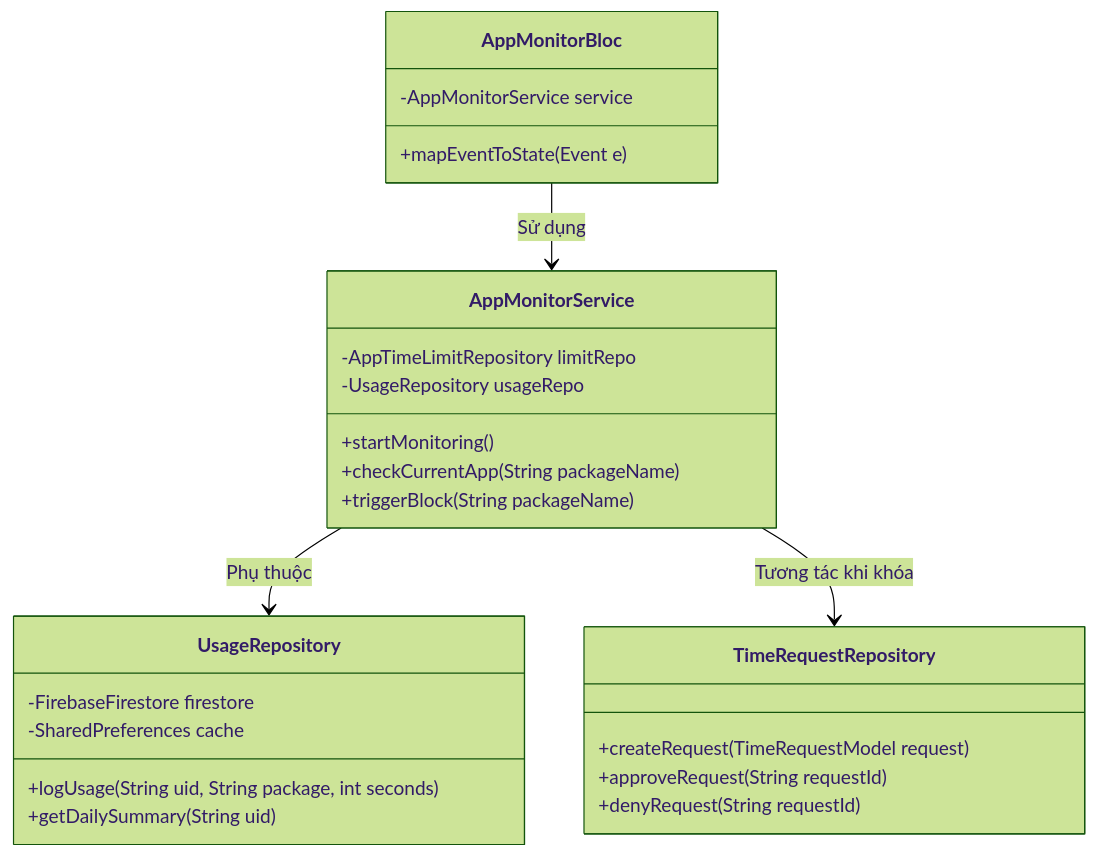
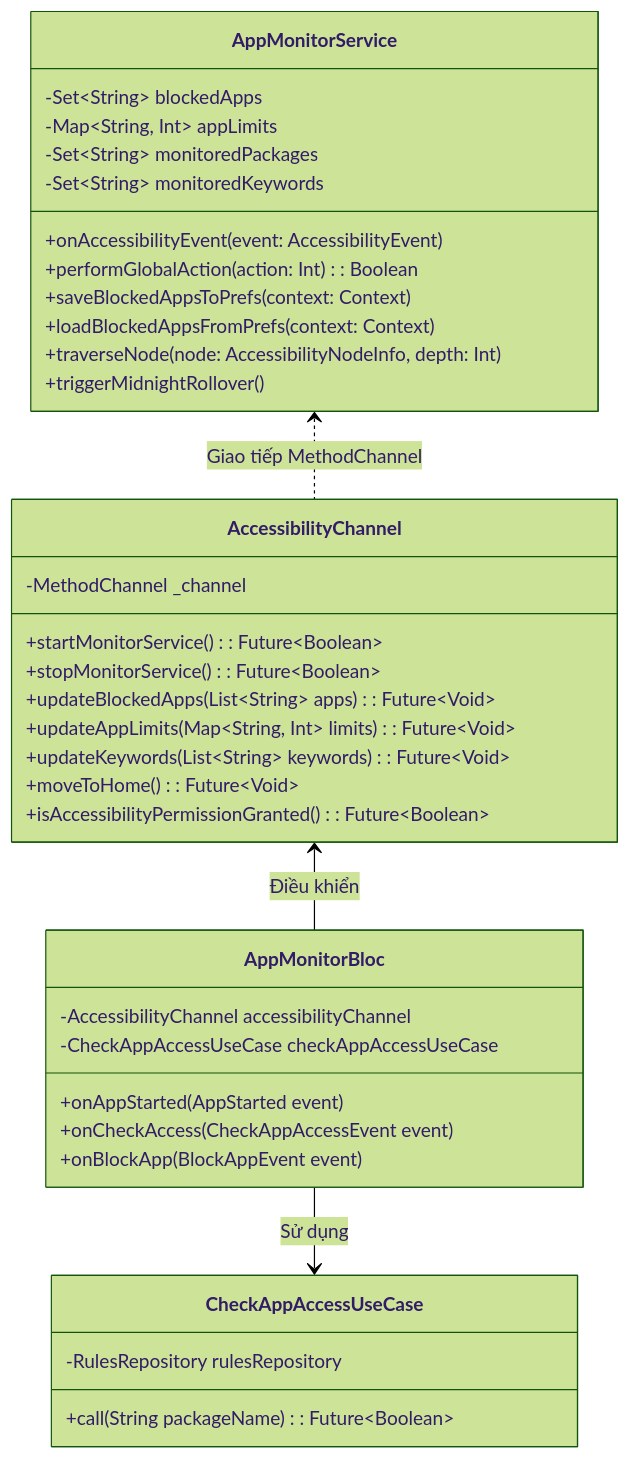
Diagram 16 of 20 in docs/Kura_Technical_Analysis.md (minhduc01168/KidGuardian-THPT), drawn with Mermaid (forest theme) before and after one commit. The commit also changed other lines of this file, not shown here.

````diff
--- a/docs/Kura_Technical_Analysis.md
+++ b/docs/Kura_Technical_Analysis.md
@@ -260,32 +955,43 @@
 ```mermaid
 classDiagram
     class AppMonitorService {
-        -AppTimeLimitRepository limitRepo
-        -UsageRepository usageRepo
-        +startMonitoring()
-        +checkCurrentApp(String packageName)
-        +triggerBlock(String packageName)
+        -Set~String~ blockedApps
+        -Map~String, Int~ appLimits
+        -Set~String~ monitoredPackages
+        -Set~String~ monitoredKeywords
+        +onAccessibilityEvent(event: AccessibilityEvent)
+        +performGlobalAction(action: Int): Boolean
+        +saveBlockedAppsToPrefs(context: Context)
+        +loadBlockedAppsFromPrefs(context: Context)
+        +traverseNode(node: AccessibilityNodeInfo, depth: Int)
+        +triggerMidnightRollover()
+    }
+
+    class AccessibilityChannel {
+        -MethodChannel _channel
+        +startMonitorService(): Future~Boolean~
+        +stopMonitorService(): Future~Boolean~
+        +updateBlockedApps(List~String~ apps): Future~Void~
+        +updateAppLimits(Map~String, Int~ limits): Future~Void~
+        +updateKeywords(List~String~ keywords): Future~Void~
+        +moveToHome(): Future~Void~
+        +isAccessibilityPermissionGranted(): Future~Boolean~
     }
 
     class AppMonitorBloc {
-        -AppMonitorService service
-        +mapEventToState(Event e)
+        -AccessibilityChannel accessibilityChannel
+        -CheckAppAccessUseCase checkAppAccessUseCase
+        +onAppStarted(AppStarted event)
+        +onCheckAccess(CheckAppAccessEvent event)
+        +onBlockApp(BlockAppEvent event)
     }
 
-    class UsageRepository {
-        -FirebaseFirestore firestore
-        -SharedPreferences cache
-        +logUsage(String uid, String package, int seconds)
-        +getDailySummary(String uid)
+    class CheckAppAccessUseCase {
+        -RulesRepository rulesRepository
+        +call(String packageName): Future~Boolean~
     }
 
-    class TimeRequestRepository {
-        +createRequest(TimeRequestModel request)
-        +approveRequest(String requestId)
-        +denyRequest(String requestId)
-    }
-
-    AppMonitorBloc --> AppMonitorService : Sử dụng
-    AppMonitorService --> UsageRepository : Phụ thuộc
-    AppMonitorService --> TimeRequestRepository : Tương tác khi khóa
+    AppMonitorService <.. AccessibilityChannel : Giao tiếp MethodChannel
+    AccessibilityChannel <-- AppMonitorBloc : Điều khiển
+    AppMonitorBloc --> CheckAppAccessUseCase : Sử dụng
 ```
````
